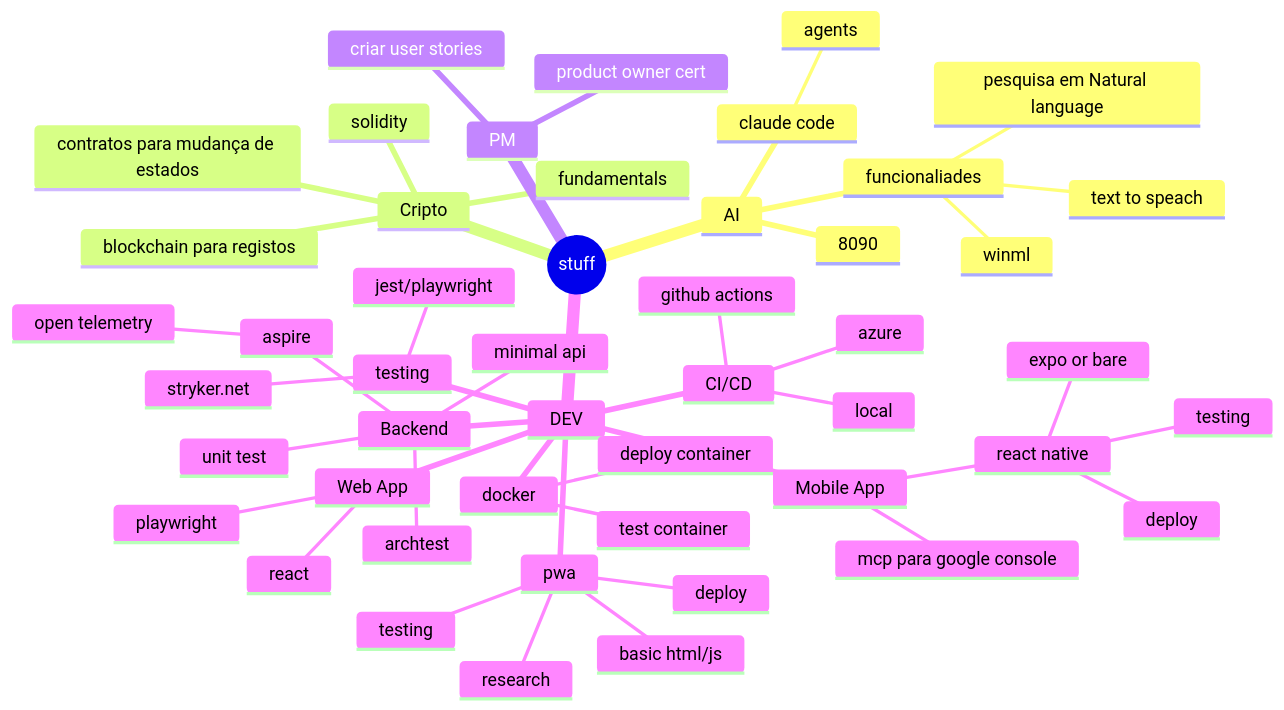
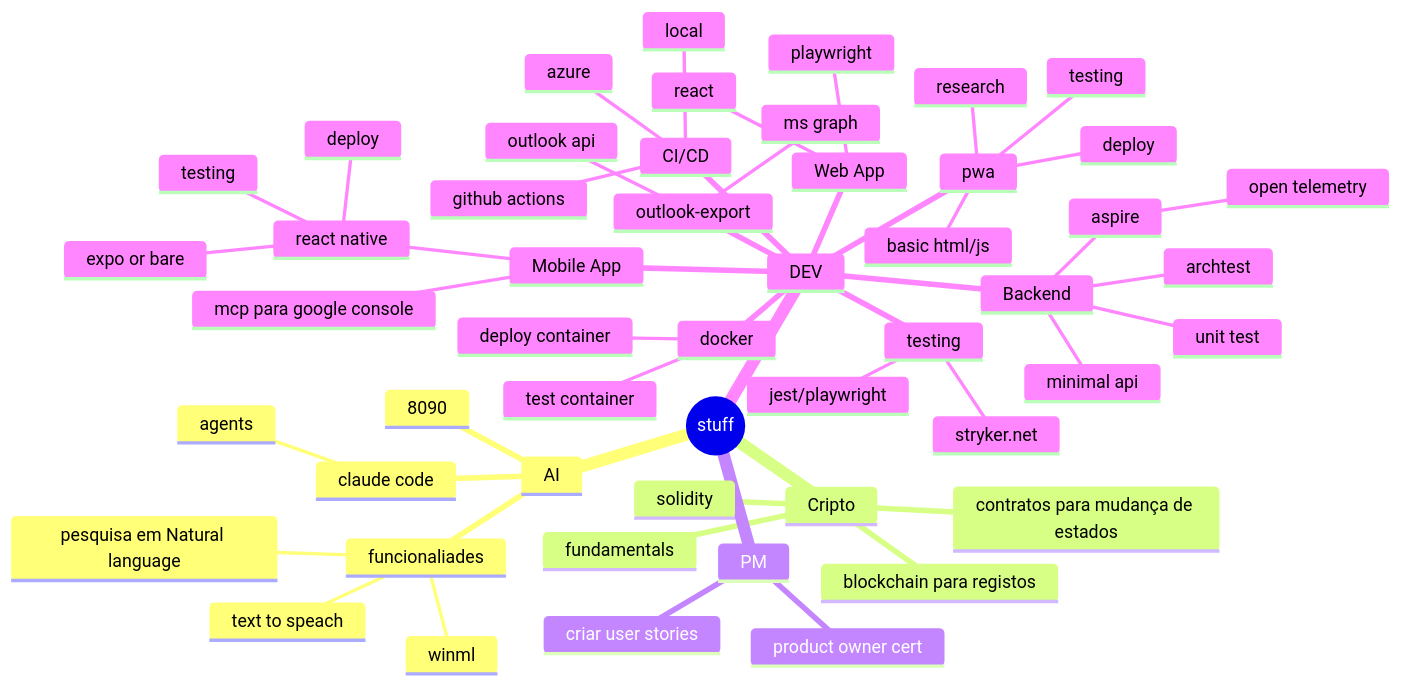
The diagram in mindmap.mmd (vitorsilva/my-mindmap), drawn with Mermaid before and after one commit. The commit also changed 1 other file, not shown here.

```diff
--- a/mindmap.mmd
+++ b/mindmap.mmd
@@ -1,54 +1,57 @@
 ---
 config:
   layout: tidy-tree
 ---
 mindmap
   root((stuff))
     AI
         claude code
             agents
         8090
         funcionaliades
             pesquisa em Natural language
             text to speach
             winml
     Cripto
         fundamentals
         blockchain para registos
         contratos para mudança de estados
         solidity
     PM
         product owner cert
         criar user stories
     DEV
         Mobile App
         ::: color #f96
             react native
                 expo or bare
                 deploy
                 testing
             mcp para google console
         pwa
             research
             basic html/js
             deploy
             testing
         Web App
             react
             playwright
+        outlook-export
+            ms graph
+            outlook api
         Backend
             aspire
                 open telemetry
             minimal api
             unit test
             archtest
         CI/CD
             github actions
             local
             azure
         docker
             test container
             deploy container
         testing
             stryker.net
             jest/playwright
```
